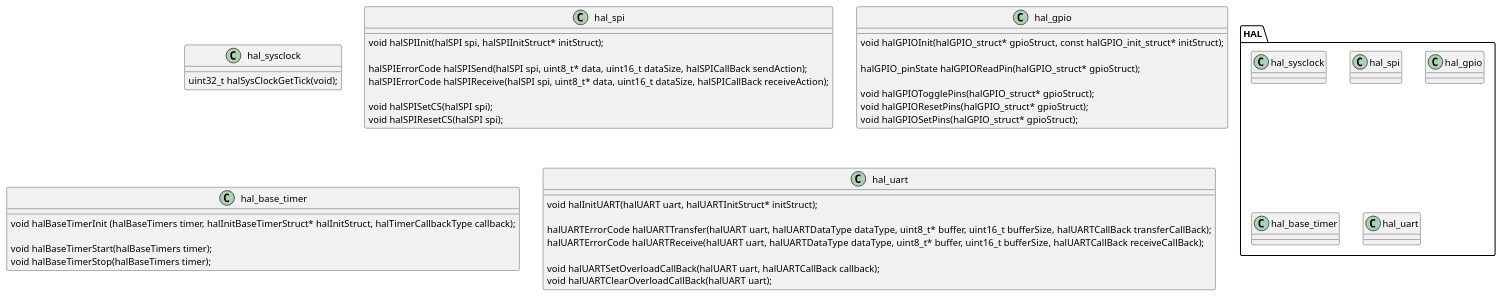
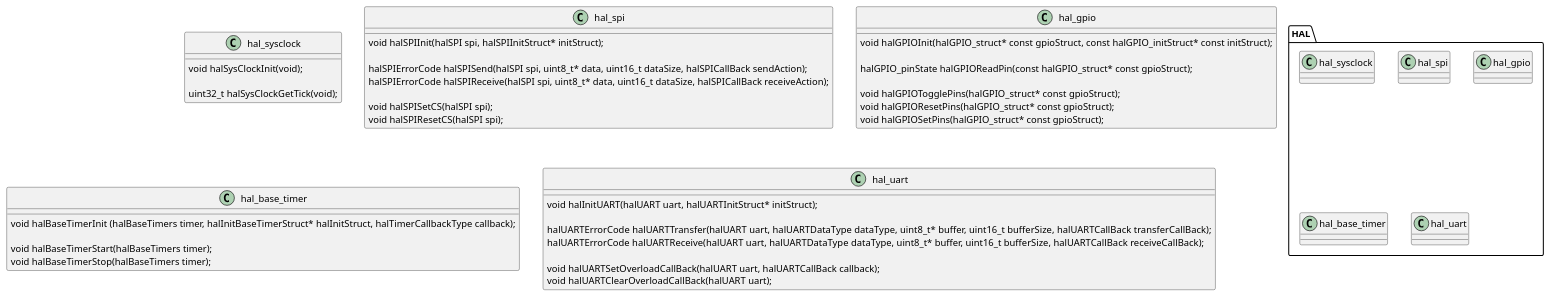
One commit to Mobivlad/STM32F4Platform changed the diagram in uml/classes/hal_level.plantuml. Above: the diagram before and after it, drawn with PlantUML. The commit also changed 15 other files, not shown here.

Commit message:
Code corection. UML changing.

```diff
--- a/uml/classes/hal_level.plantuml
+++ b/uml/classes/hal_level.plantuml
@@ -1,52 +1,54 @@
 @startuml hal_level
 
 package HAL {
     class hal_sysclock
     class hal_spi
     class hal_gpio
     class hal_base_timer
     class hal_uart
 }
 
 class hal_sysclock {
+    void halSysClockInit(void);
+
     uint32_t halSysClockGetTick(void);
 }
 
 class hal_spi {
     void halSPIInit(halSPI spi, halSPIInitStruct* initStruct);
 
     halSPIErrorCode halSPISend(halSPI spi, uint8_t* data, uint16_t dataSize, halSPICallBack sendAction);
     halSPIErrorCode halSPIReceive(halSPI spi, uint8_t* data, uint16_t dataSize, halSPICallBack receiveAction);
 
     void halSPISetCS(halSPI spi);
     void halSPIResetCS(halSPI spi);
 }
 
 class hal_gpio {
-    void halGPIOInit(halGPIO_struct* gpioStruct, const halGPIO_init_struct* initStruct);
+    void halGPIOInit(halGPIO_struct* const gpioStruct, const halGPIO_initStruct* const initStruct);
     
-    halGPIO_pinState halGPIOReadPin(halGPIO_struct* gpioStruct);
+    halGPIO_pinState halGPIOReadPin(const halGPIO_struct* const gpioStruct);
 
-    void halGPIOTogglePins(halGPIO_struct* gpioStruct);
-    void halGPIOResetPins(halGPIO_struct* gpioStruct);
-    void halGPIOSetPins(halGPIO_struct* gpioStruct);
+    void halGPIOTogglePins(halGPIO_struct* const gpioStruct);
+    void halGPIOResetPins(halGPIO_struct* const gpioStruct);
+    void halGPIOSetPins(halGPIO_struct* const gpioStruct);
 }
 
 class hal_base_timer {
     void halBaseTimerInit (halBaseTimers timer, halInitBaseTimerStruct* halInitStruct, halTimerCallbackType callback);
 
     void halBaseTimerStart(halBaseTimers timer);
     void halBaseTimerStop(halBaseTimers timer);
 }
 
 class hal_uart {
     void halInitUART(halUART uart, halUARTInitStruct* initStruct);
 
     halUARTErrorCode halUARTTransfer(halUART uart, halUARTDataType dataType, uint8_t* buffer, uint16_t bufferSize, halUARTCallBack transferCallBack);
     halUARTErrorCode halUARTReceive(halUART uart, halUARTDataType dataType, uint8_t* buffer, uint16_t bufferSize, halUARTCallBack receiveCallBack);
 
     void halUARTSetOverloadCallBack(halUART uart, halUARTCallBack callback);
     void halUARTClearOverloadCallBack(halUART uart);
 }
 
 @enduml
```
